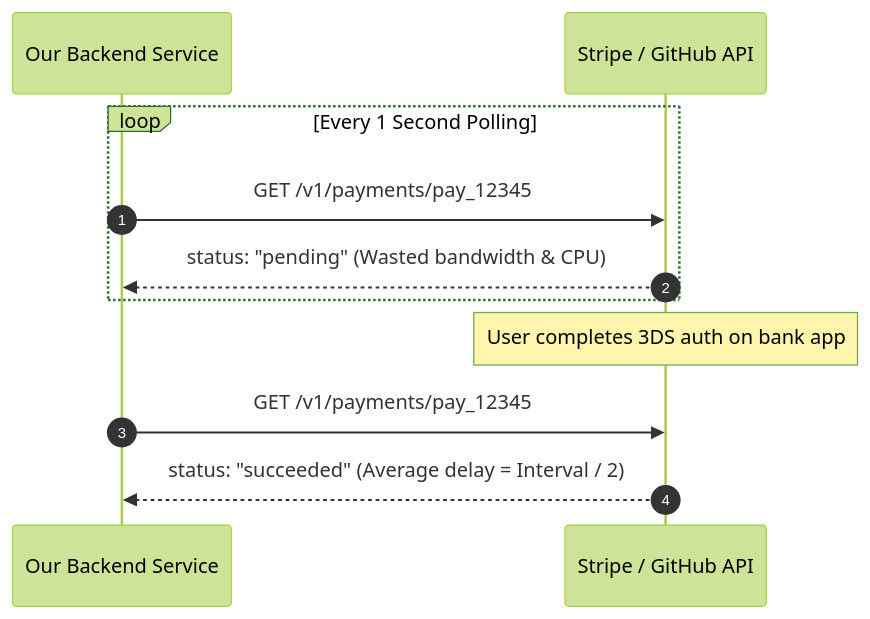
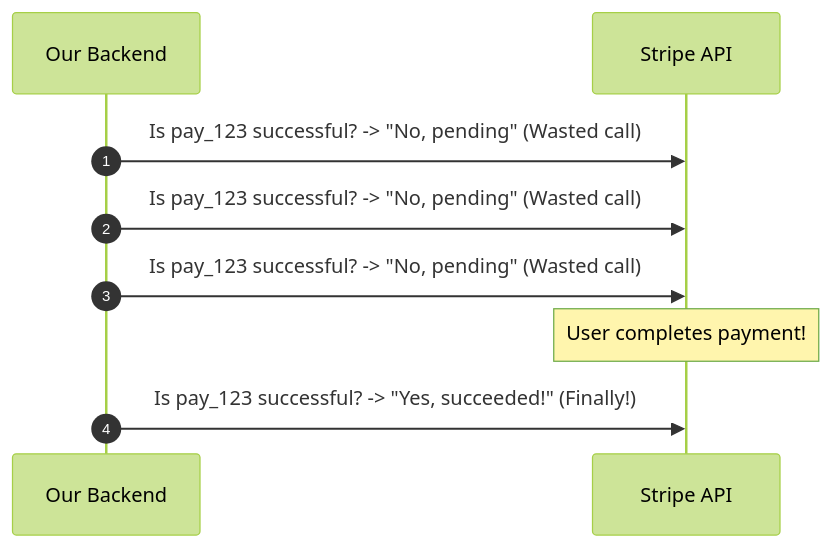
Before and after one commit to rohithgowda18/Notes: the second of 10 diagrams in 07-Backend-Engineering/Webhooks.md, drawn with Mermaid (forest theme). The commit also changed other lines of this file, not shown here.

````diff
--- a/07-Backend-Engineering/Webhooks.md
+++ b/07-Backend-Engineering/Webhooks.md
@@ -75,14 +64,12 @@
 ```mermaid
 sequenceDiagram
     autonumber
-    participant App as Our Backend Service
-    participant Prov as Stripe / GitHub API
+    participant App as Our Backend
+    participant Stripe as Stripe API
 
-    loop Every 1 Second Polling
-        App->>Prov: GET /v1/payments/pay_12345
-        Prov-->>App: status: "pending" (Wasted bandwidth & CPU)
-    end
-    Note over Prov: User completes 3DS auth on bank app
-    App->>Prov: GET /v1/payments/pay_12345
-    Prov-->>App: status: "succeeded" (Average delay = Interval / 2)
+    App->>Stripe: Is pay_123 successful? -> "No, pending" (Wasted call)
+    App->>Stripe: Is pay_123 successful? -> "No, pending" (Wasted call)
+    App->>Stripe: Is pay_123 successful? -> "No, pending" (Wasted call)
+    Note over Stripe: User completes payment!
+    App->>Stripe: Is pay_123 successful? -> "Yes, succeeded!" (Finally!)
 ```
````
